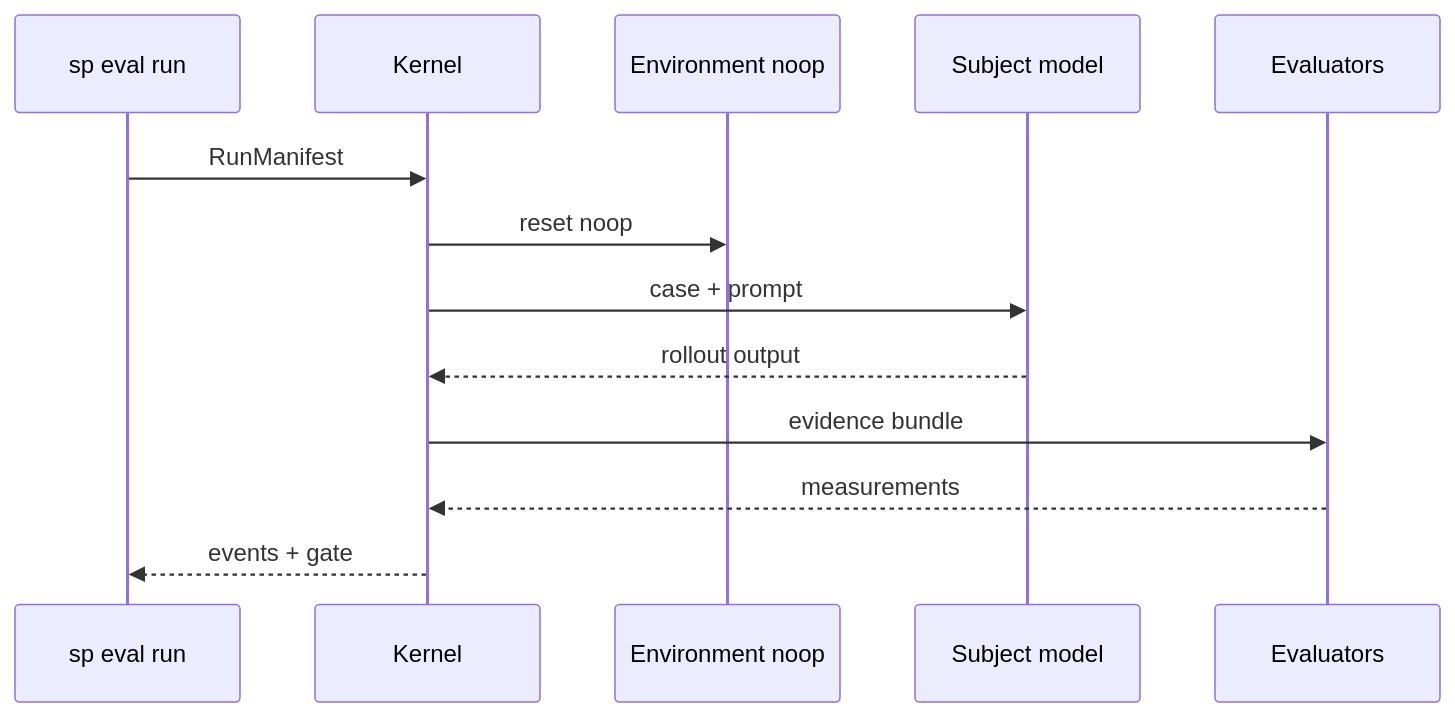
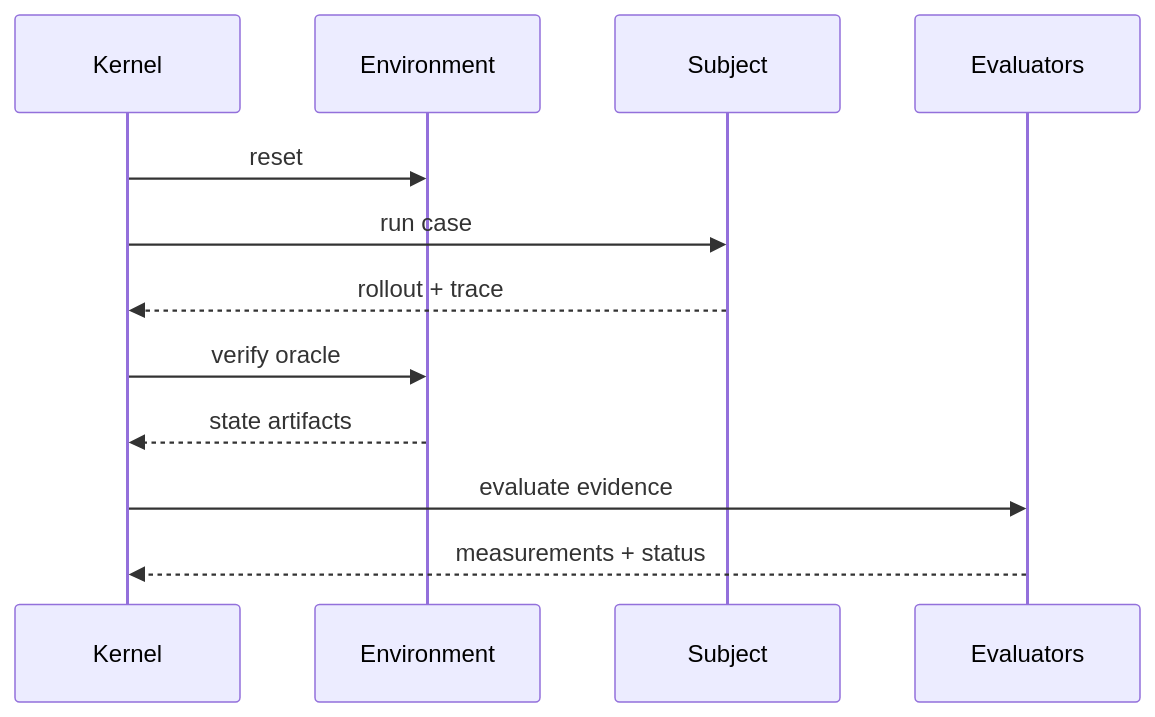
The second of 2 diagrams in en/evaluation/getting-started.md (softprobe/document-website), drawn with Mermaid before and after one commit. The commit also changed other lines of this file and 3 other files, not shown here.

````diff
--- a/en/evaluation/getting-started.md
+++ b/en/evaluation/getting-started.md
@@ -107,16 +108,15 @@
 ```mermaid
 sequenceDiagram
-  participant CLI as sp eval run
   participant K as Kernel
-  participant Env as Environment noop
-  participant S as Subject model
-  participant Ev as Evaluators
+  participant E as Environment
+  participant S as Subject
+  participant V as Evaluators
 
-  CLI->>K: RunManifest
-  K->>Env: reset noop
-  K->>S: case + prompt
-  S-->>K: rollout output
-  K->>Ev: evidence bundle
-  Ev-->>K: measurements
-  K-->>CLI: events + gate
+  K->>E: reset
+  K->>S: run case
+  S-->>K: rollout + trace
+  K->>E: verify oracle
+  E-->>K: state artifacts
+  K->>V: evaluate evidence
+  V-->>K: measurements + status
 ```
````
